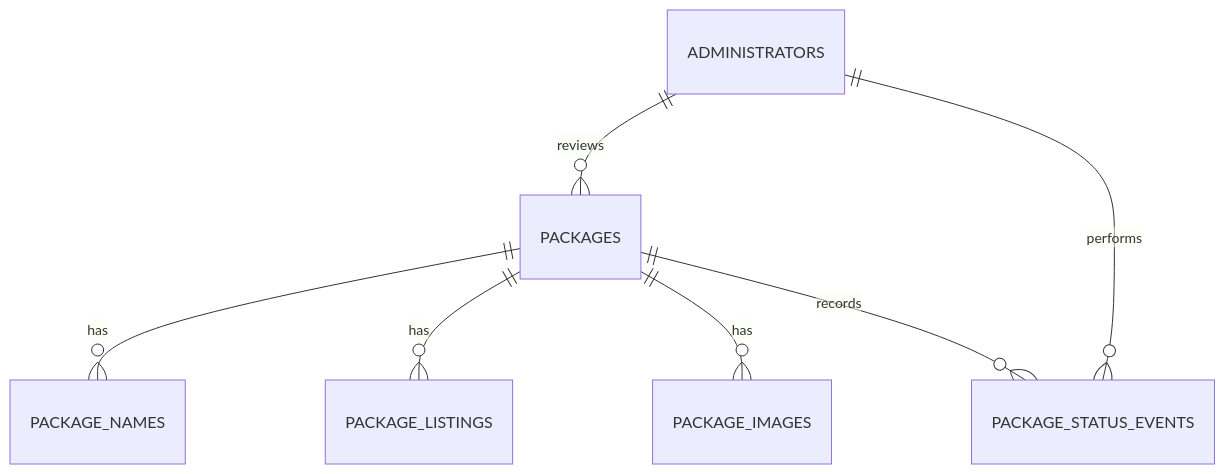
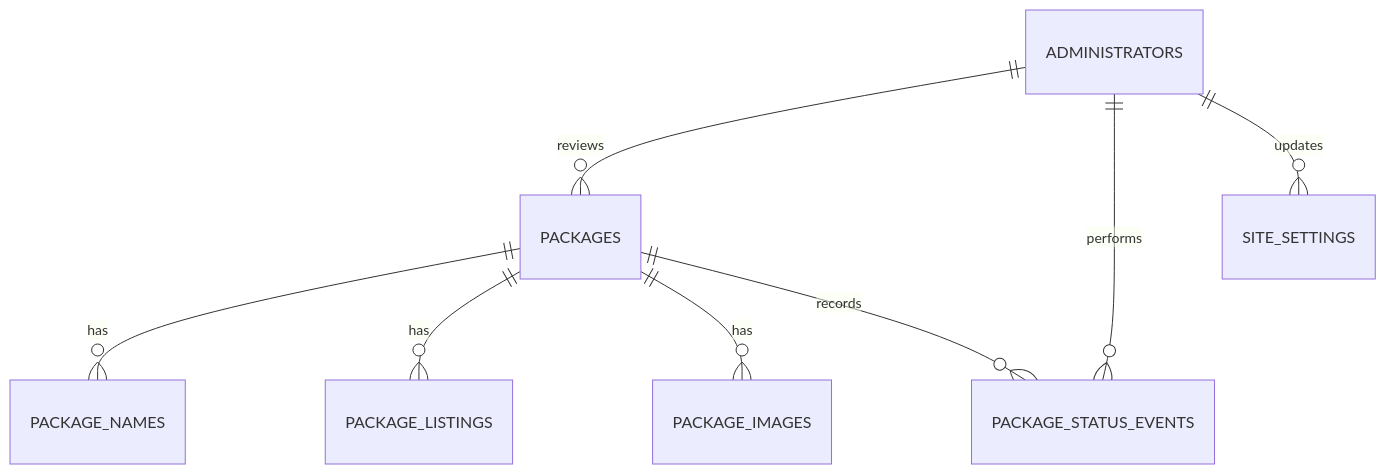
The diagram in README.md (eomerdws/appbuilder-container-faithtech), drawn with Mermaid before and after one commit. The commit also changed other lines of this file and 38 other files, not shown here.

````diff
--- a/README.md
+++ b/README.md
@@ -46,9 +41,10 @@
 ```mermaid
 erDiagram
     ADMINISTRATORS ||--o{ PACKAGES : reviews
     ADMINISTRATORS ||--o{ PACKAGE_STATUS_EVENTS : performs
+    ADMINISTRATORS ||--o{ SITE_SETTINGS : updates
     PACKAGES ||--o{ PACKAGE_NAMES : has
     PACKAGES ||--o{ PACKAGE_LISTINGS : has
     PACKAGES ||--o{ PACKAGE_IMAGES : has
     PACKAGES ||--o{ PACKAGE_STATUS_EVENTS : records
 ```
````
